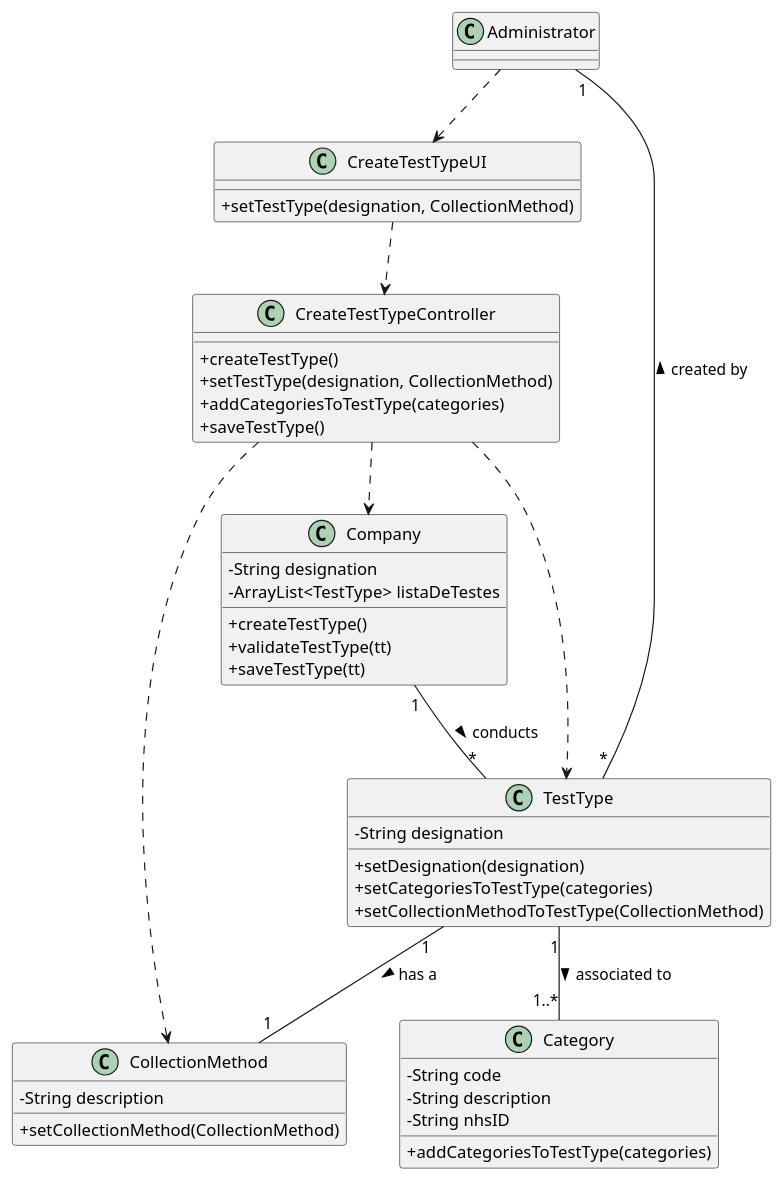
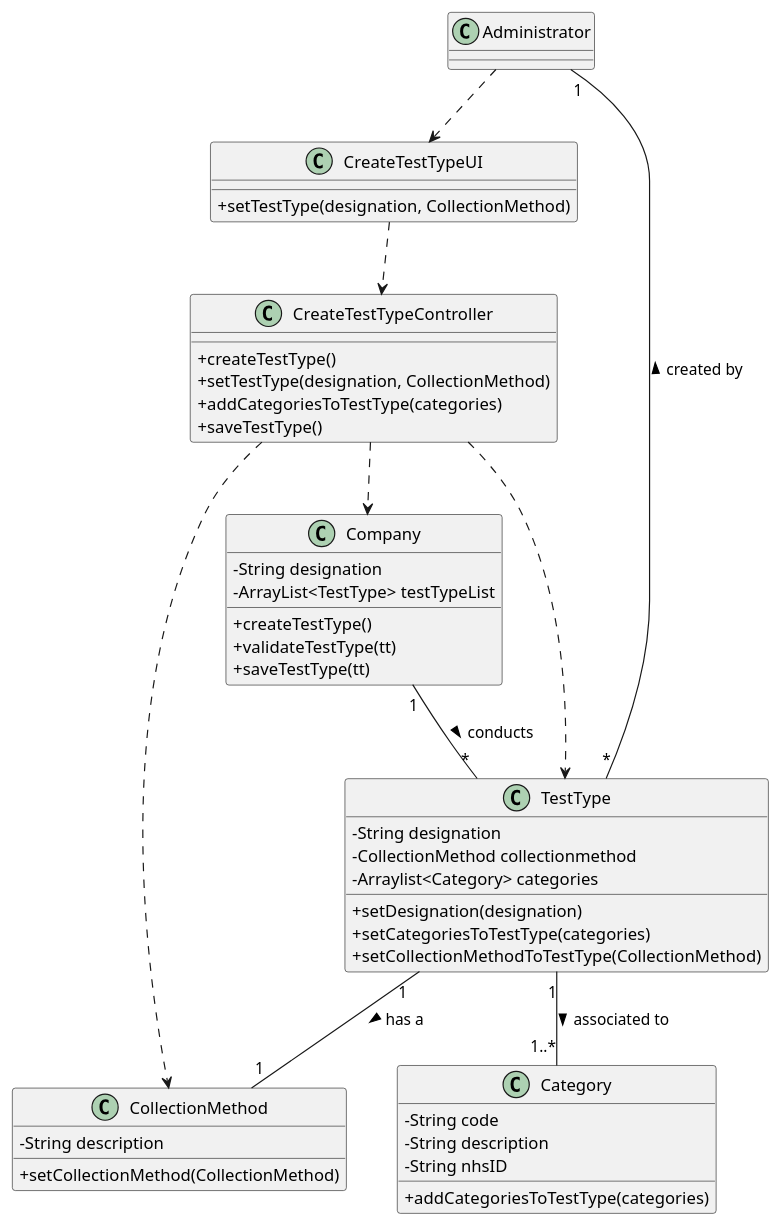
Before and after one commit to MadDinosaur/ISEP-LAPR2: the diagram in docs/SprintB/US9/US9_CD.puml, drawn with PlantUML.

Commit message:
Made changes to the class diagram.

```diff
--- a/docs/SprintB/US9/US9_CD.puml
+++ b/docs/SprintB/US9/US9_CD.puml
@@ -1,50 +1,52 @@
 @startuml
 
 skinparam classAttributeIconSize 0
 
 class Administrator
 class CreateTestTypeUI {
 +setTestType(designation, CollectionMethod)
 }
 class CreateTestTypeController {
 +createTestType()
 +setTestType(designation, CollectionMethod)
 +addCategoriesToTestType(categories)
 +saveTestType()
 }
 class CollectionMethod {
 -String description
 +setCollectionMethod(CollectionMethod)
 }
 class TestType {
 -String designation
+-CollectionMethod collectionmethod
+-Arraylist<Category> categories
 +setDesignation(designation)
 +setCategoriesToTestType(categories)
 +setCollectionMethodToTestType(CollectionMethod)
 }
 class Category {
 -String code
 -String description
 -String nhsID
 +addCategoriesToTestType(categories)
 }
 class Company {
 -String designation
--ArrayList<TestType> listaDeTestes
+-ArrayList<TestType> testTypeList
 +createTestType()
 +validateTestType(tt)
 +saveTestType(tt)
 }
 
 Administrator ..> CreateTestTypeUI
 CreateTestTypeUI ..> CreateTestTypeController
 TestType "*"-up-"1" Administrator : created by >
 Category "1..*"-up-"1" TestType  : associated to <
 TestType "1"--"1" CollectionMethod : has a  >
 Company "1"-down-"*" TestType : conducts >
 CreateTestTypeController ..> Company
 CreateTestTypeController ..> TestType
 CreateTestTypeController ..> CollectionMethod
 
 
 @enduml
```
